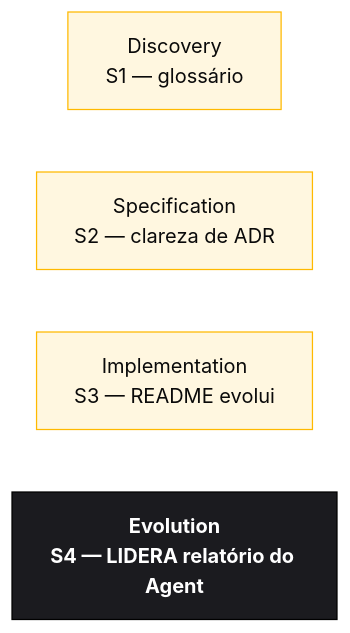
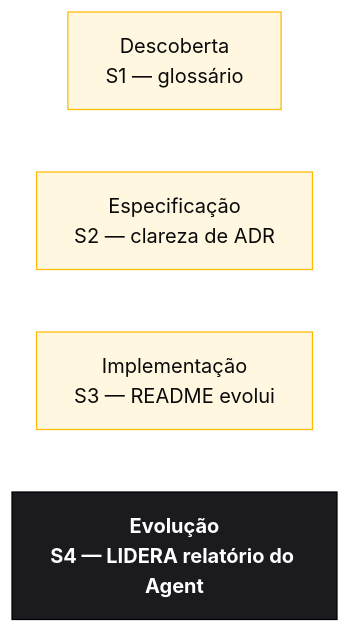
One commit to paulasilvatech/hackathon-datacorp-team-kit changed the diagram in pt-br/persona-kits/10-tech-writer/PERSONA.md. Above: the diagram before and after it, drawn with Mermaid. The commit also changed other lines of this file and 172 other files, not shown here.

````diff
--- a/pt-br/persona-kits/10-tech-writer/PERSONA.md
+++ b/pt-br/persona-kits/10-tech-writer/PERSONA.md
@@ -19,10 +19,10 @@
 ```mermaid
 flowchart LR
  classDef current fill:#1B1B1F,stroke:#000,color:#fff,font-weight:bold
  classDef cross fill:#FFF7E0,stroke:#FFB900,color:#0A0A0A
 
- D[Discovery<br/>S1 — glossário]:::cross
- SP[Specification<br/>S2 — clareza de ADR]:::cross
- IM[Implementation<br/>S3 — README evolui]:::cross
- EV[Evolution<br/>S4 — LIDERA relatório do Agent]:::current
+ D[Descoberta<br/>S1 — glossário]:::cross
+ SP[Especificação<br/>S2 — clareza de ADR]:::cross
+ IM[Implementação<br/>S3 — README evolui]:::cross
+ EV[Evolução<br/>S4 — LIDERA relatório do Agent]:::current
 ```
````
